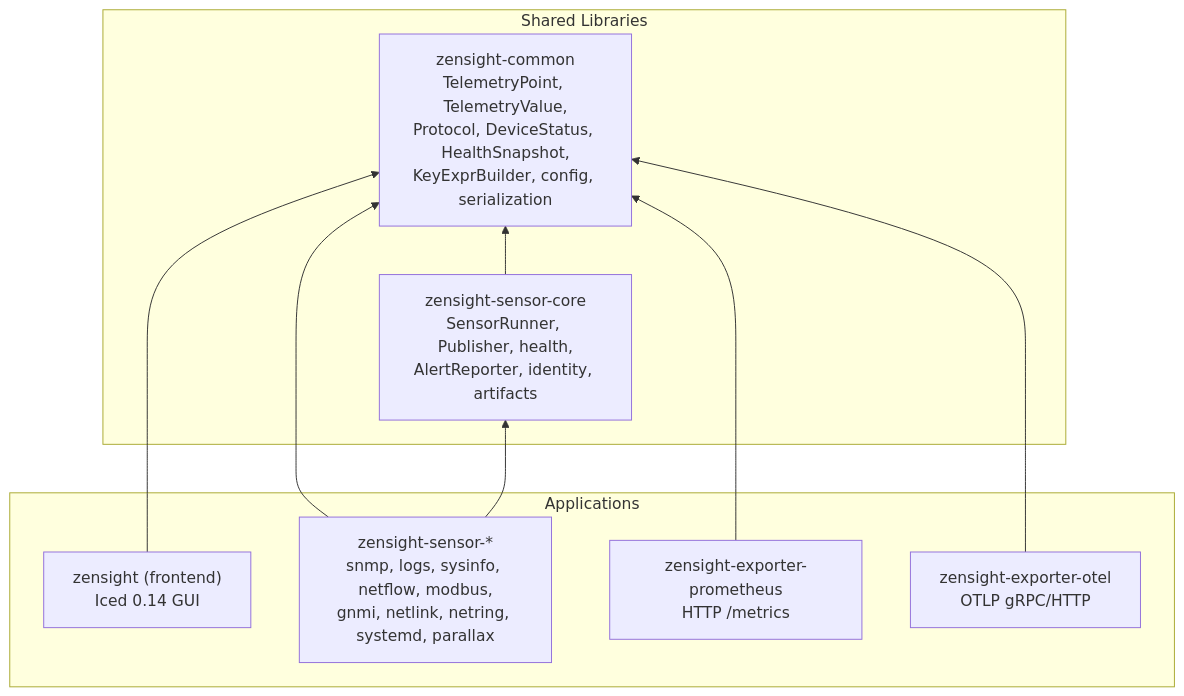
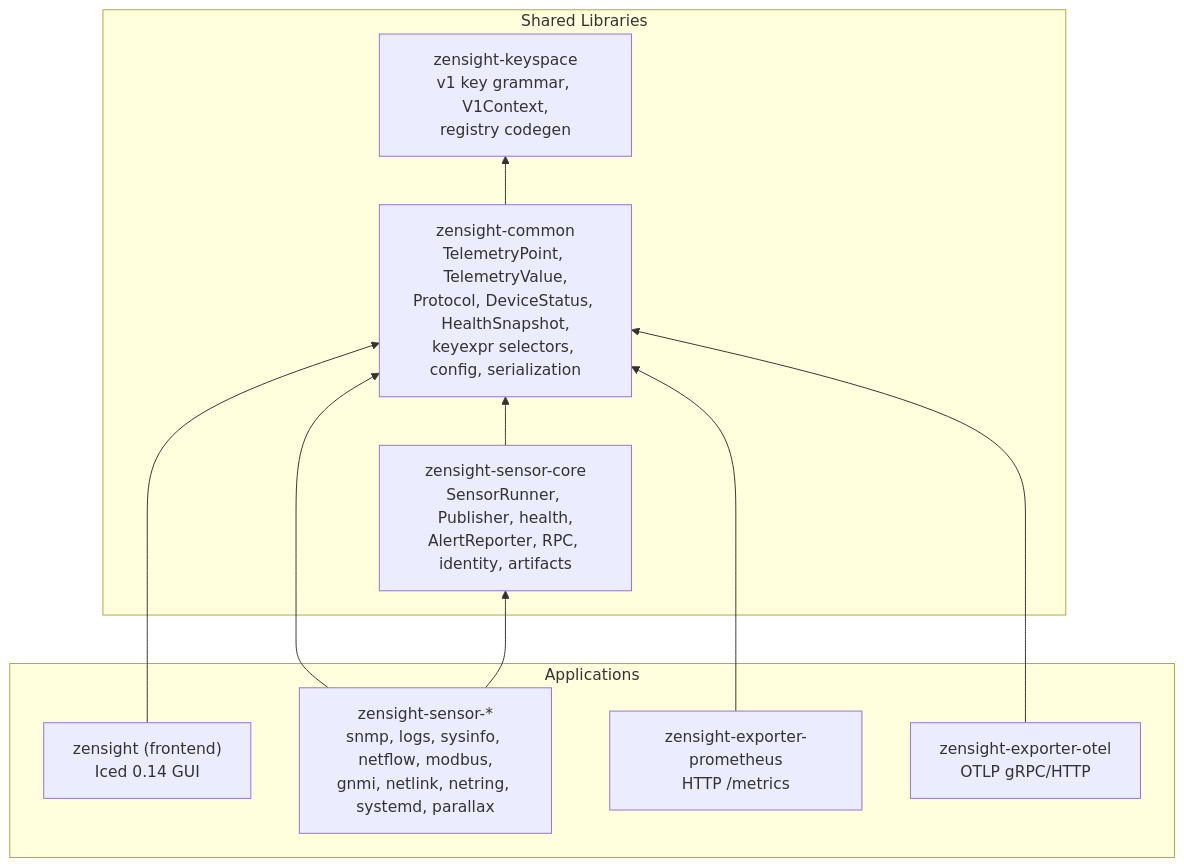
Before and after one commit to p13marc/zensight: the second of 8 diagrams in docs/ARCHITECTURE.md, drawn with Mermaid. The commit also changed other lines of this file and 67 other files, not shown here.

First line of the commit message:
docs: per-crate docs describe the v1 keyspace; registry aligned to code (#465)

````diff
--- a/docs/ARCHITECTURE.md
+++ b/docs/ARCHITECTURE.md
@@ -72,22 +75,24 @@
 ```mermaid
 flowchart BT
     subgraph Shared["Shared Libraries"]
-        Common["zensight-common<br/>TelemetryPoint, TelemetryValue,<br/>Protocol, DeviceStatus, HealthSnapshot,<br/>KeyExprBuilder, config, serialization"]
-        Core["zensight-sensor-core<br/>SensorRunner, Publisher, health,<br/>AlertReporter, identity, artifacts"]
+        Keyspace["zensight-keyspace<br/>v1 key grammar, V1Context,<br/>registry codegen"]
+        Common["zensight-common<br/>TelemetryPoint, TelemetryValue,<br/>Protocol, DeviceStatus, HealthSnapshot,<br/>keyexpr selectors, config, serialization"]
+        Core["zensight-sensor-core<br/>SensorRunner, Publisher, health,<br/>AlertReporter, RPC, identity, artifacts"]
     end
 
+    Common --> Keyspace
     Core --> Common
 
     subgraph Apps["Applications"]
         Frontend["zensight (frontend)<br/>Iced 0.14 GUI"]
         SensorApps["zensight-sensor-*<br/>snmp, logs, sysinfo, netflow, modbus,<br/>gnmi, netlink, netring, systemd, parallax"]
         PromExp["zensight-exporter-prometheus<br/>HTTP /metrics"]
         OtelExp["zensight-exporter-otel<br/>OTLP gRPC/HTTP"]
     end
 
     Frontend --> Common
     SensorApps --> Common
     SensorApps --> Core
     PromExp --> Common
     OtelExp --> Common
 ```
````
